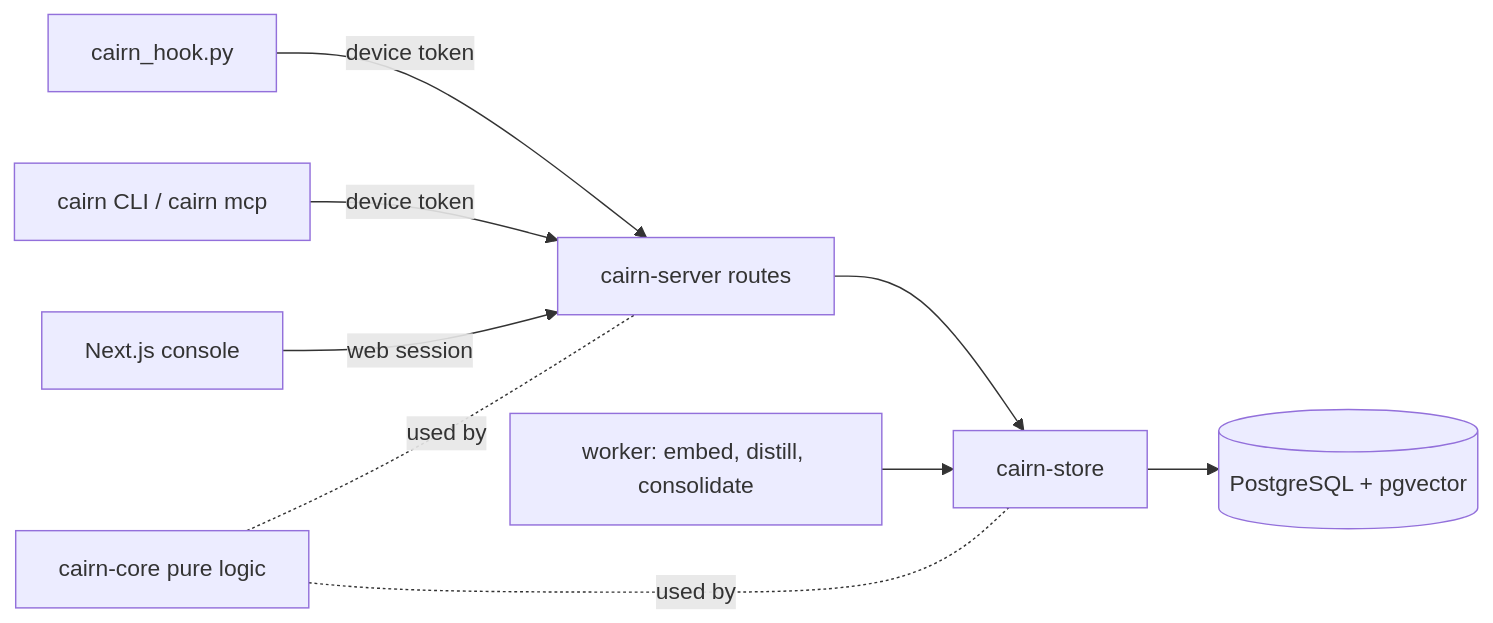
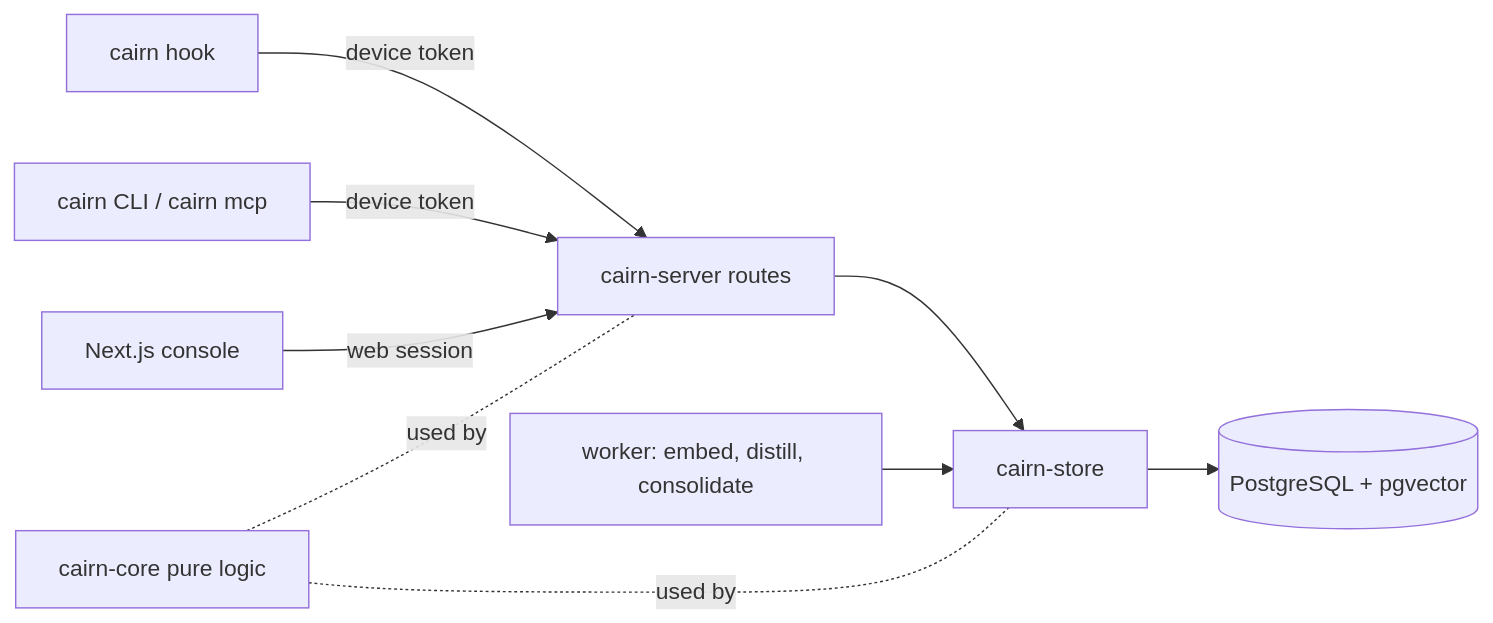
The diagram in docs/architecture.md (cunilab/cairn-memory), drawn with Mermaid before and after one commit. The commit also changed other lines of this file and 49 other files, not shown here.

````diff
--- a/docs/architecture.md
+++ b/docs/architecture.md
@@ -32,11 +31,11 @@
 ```mermaid
 flowchart LR
-    Hook[cairn_hook.py] -->|device token| API
+    Hook[cairn hook] -->|device token| API
     CLI[cairn CLI / cairn mcp] -->|device token| API
     Web[Next.js console] -->|web session| API
     API[cairn-server routes] --> Store[cairn-store]
     Store --> PG[(PostgreSQL + pgvector)]
     Worker[worker: embed, distill, consolidate] --> Store
     Core[cairn-core pure logic] -.used by.- Store
     Core -.used by.- API
 ```
````
